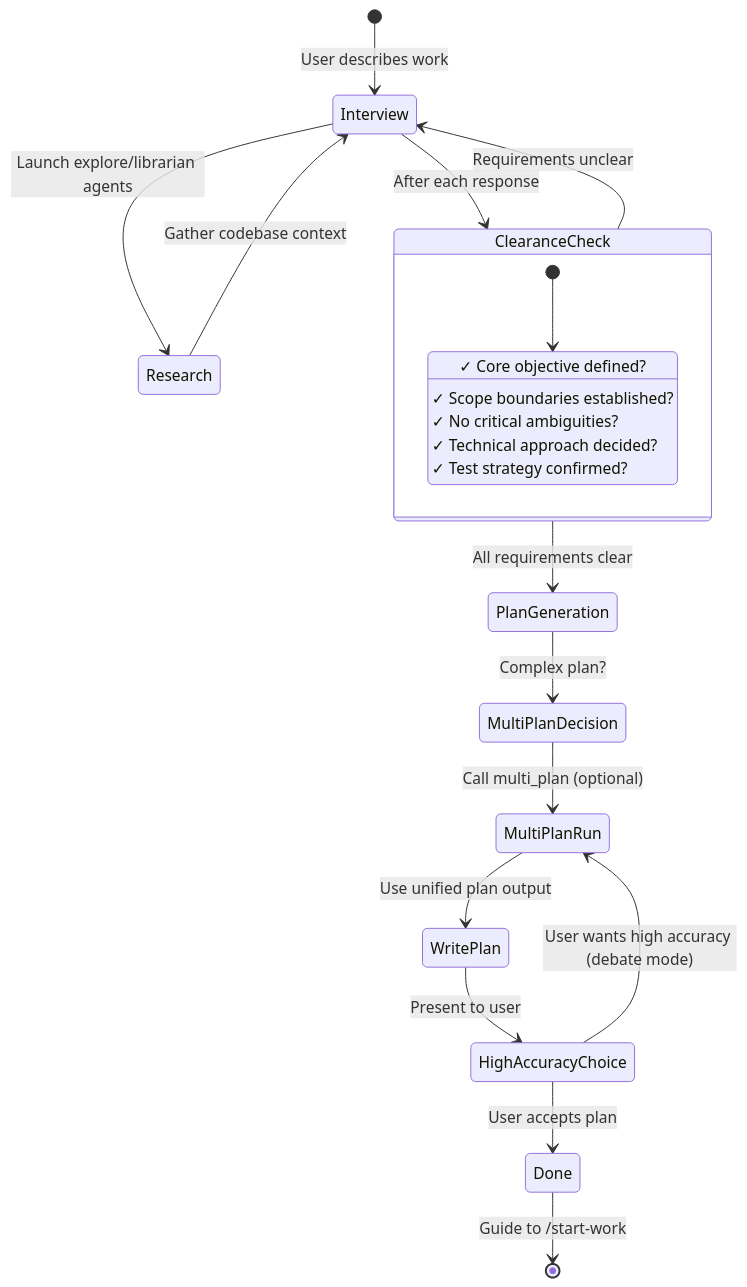
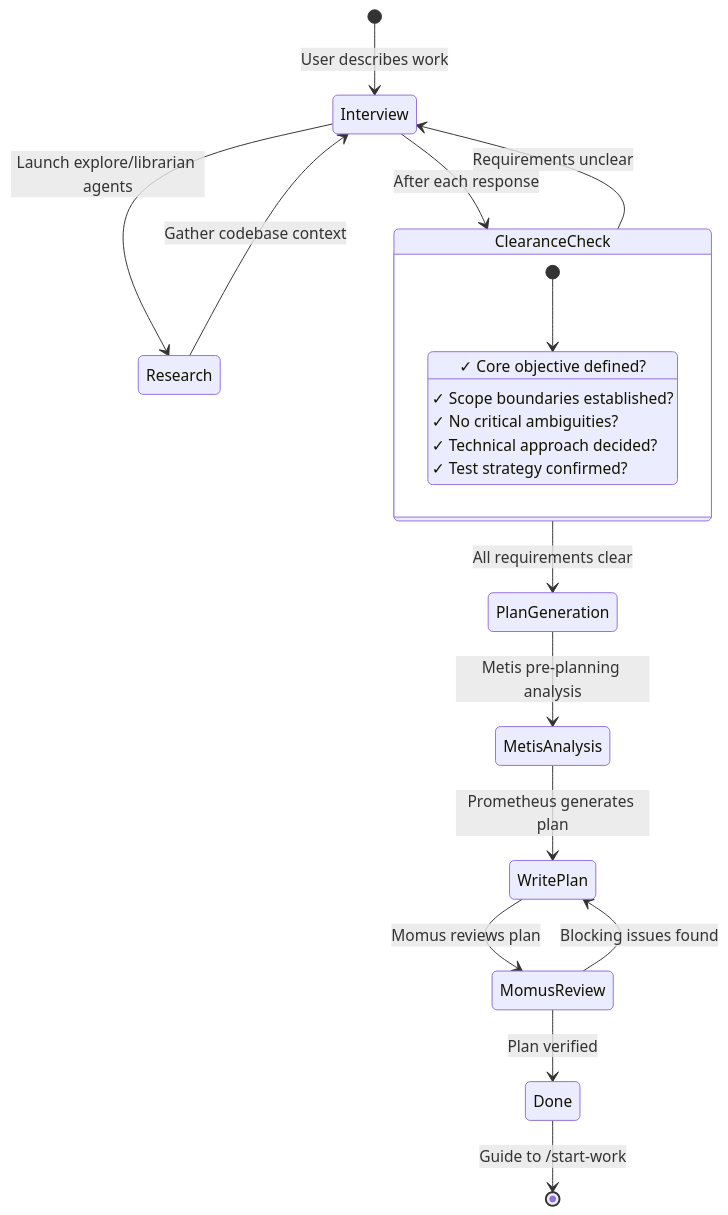
Before and after one commit to arcthur/oh-my-opencode: the second of 4 diagrams in docs/guide/understanding-orchestration-system.md, drawn with Mermaid. The commit also changed other lines of this file and 79 other files, not shown here.

First line of the commit message:
feat(prometheus): integrate Metis/Momus into planning pipeline with BRAINSTORMING_MODE

````diff
--- a/docs/guide/understanding-orchestration-system.md
+++ b/docs/guide/understanding-orchestration-system.md
@@ -82,29 +82,27 @@
 ```mermaid
 stateDiagram-v2
     [*] --> Interview: User describes work
     Interview --> Research: Launch explore/librarian agents
     Research --> Interview: Gather codebase context
     Interview --> ClearanceCheck: After each response
     
     ClearanceCheck --> Interview: Requirements unclear
     ClearanceCheck --> PlanGeneration: All requirements clear
     
     state ClearanceCheck {
         [*] --> Check
         Check: ✓ Core objective defined?
         Check: ✓ Scope boundaries established?
         Check: ✓ No critical ambiguities?
         Check: ✓ Technical approach decided?
         Check: ✓ Test strategy confirmed?
     }
     
-    PlanGeneration --> MultiPlanDecision: Complex plan?
-    MultiPlanDecision --> MultiPlanRun: Call multi_plan (optional)
-    MultiPlanRun --> WritePlan: Use unified plan output
-    WritePlan --> HighAccuracyChoice: Present to user
-    
-    HighAccuracyChoice --> MultiPlanRun: User wants high accuracy (debate mode)
-    HighAccuracyChoice --> Done: User accepts plan
+    PlanGeneration --> MetisAnalysis: Metis pre-planning analysis
+    MetisAnalysis --> WritePlan: Prometheus generates plan
+    WritePlan --> MomusReview: Momus reviews plan
+    MomusReview --> WritePlan: Blocking issues found
+    MomusReview --> Done: Plan verified
     
     Done --> [*]: Guide to /start-work
 ```
````
